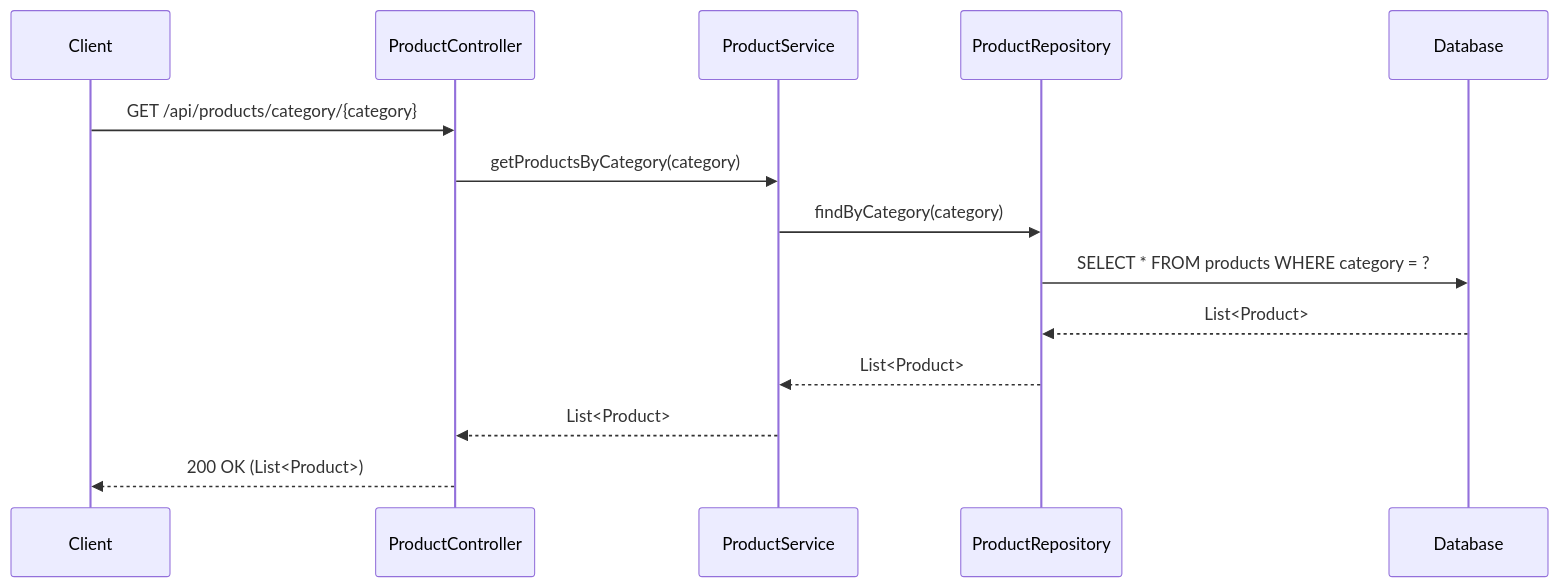
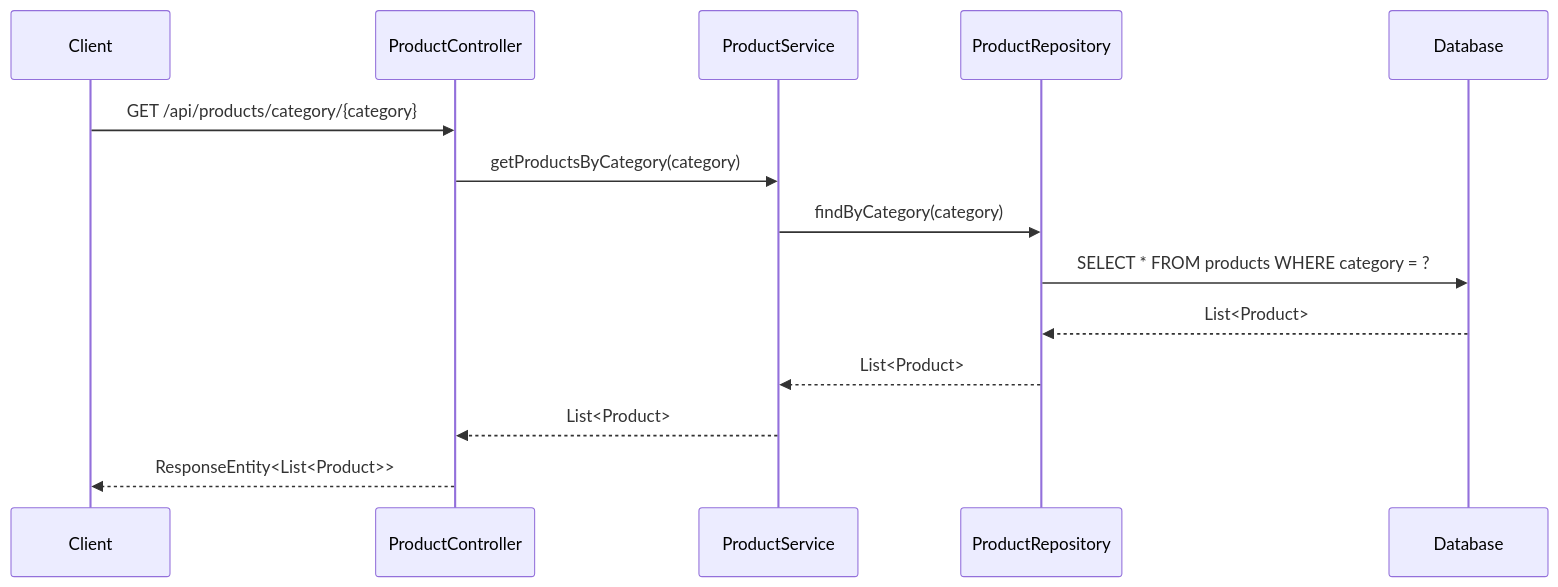
One commit to NavneetBN47/aava-ecom-demo changed the eighth of 13 diagrams in docs/LLD/modified_lld.md. Above: the diagram before and after it, drawn with Mermaid. The commit also changed other lines of this file, not shown here.

````diff
--- a/docs/LLD/modified_lld.md
+++ b/docs/LLD/modified_lld.md
@@ -326,17 +345,17 @@
 ```mermaid
 sequenceDiagram
     participant Client
     participant ProductController
     participant ProductService
     participant ProductRepository
     participant Database
 
     Client->>ProductController: GET /api/products/category/{category}
     ProductController->>ProductService: getProductsByCategory(category)
     ProductService->>ProductRepository: findByCategory(category)
     ProductRepository->>Database: SELECT * FROM products WHERE category = ?
     Database-->>ProductRepository: List<Product>
     ProductRepository-->>ProductService: List<Product>
     ProductService-->>ProductController: List<Product>
-    ProductController-->>Client: 200 OK (List<Product>)
+    ProductController-->>Client: ResponseEntity<List<Product>>
 ```
````
